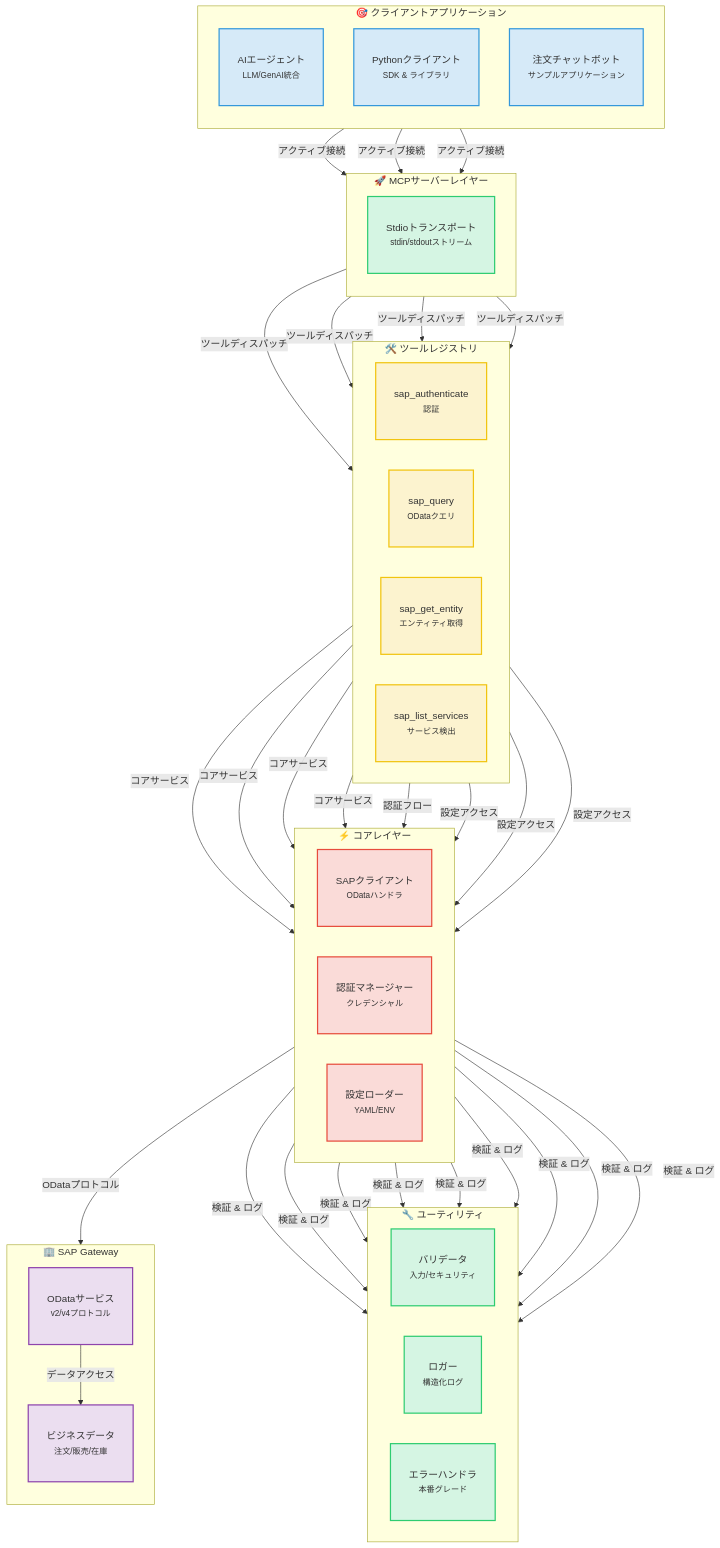
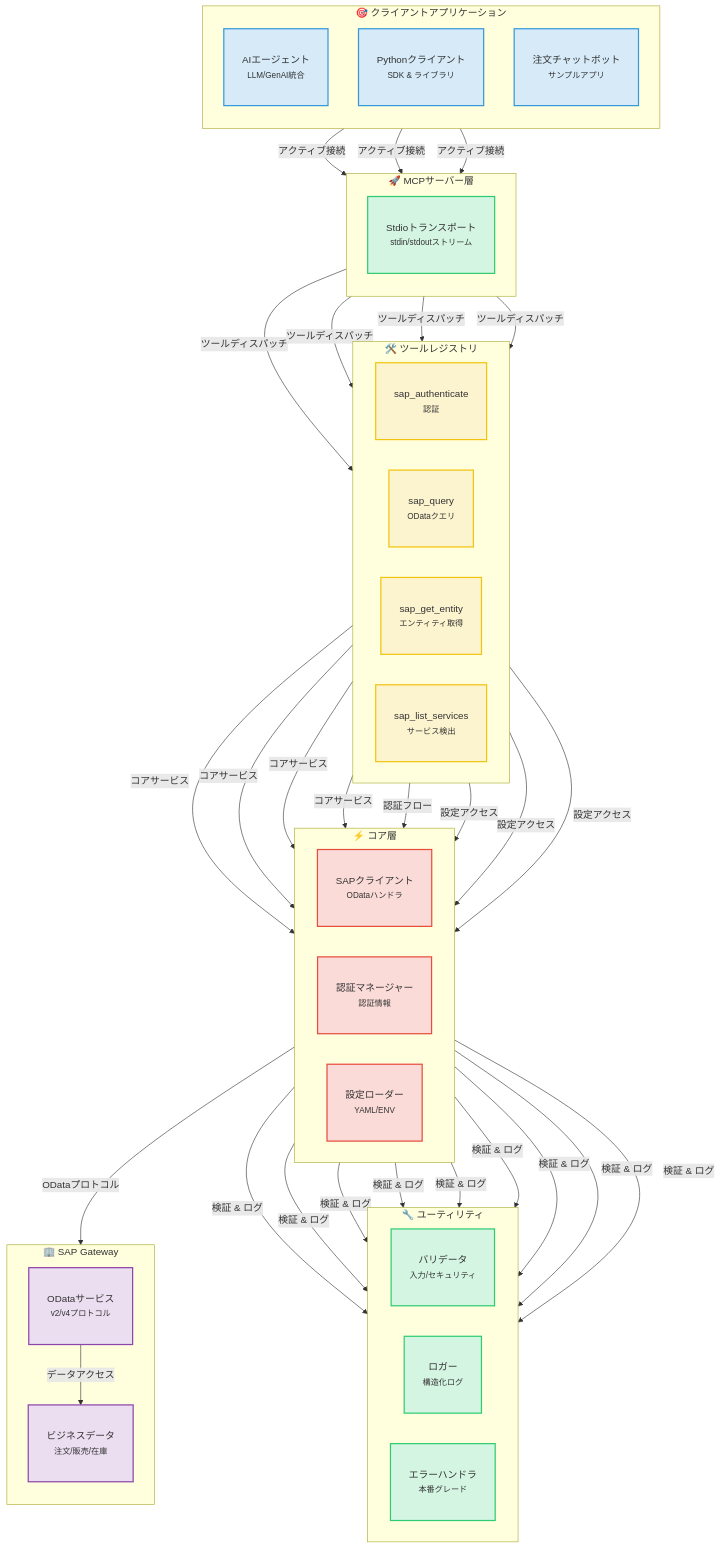
Before and after one commit to midasol/sap-mcp-server: the first of 5 diagrams in README.ja.md, drawn with Mermaid. The commit also changed other lines of this file and 7 other files, not shown here.

````diff
--- a/README.ja.md
+++ b/README.ja.md
@@ -41,66 +120,66 @@
 ```mermaid
 graph TB
     subgraph clients["🎯 クライアントアプリケーション"]
         direction TB
         A1["AIエージェント<br/><small>LLM/GenAI統合</small>"]
         A2["Pythonクライアント<br/><small>SDK & ライブラリ</small>"]
-        A3["注文チャットボット<br/><small>サンプルアプリケーション</small>"]
+        A3["注文チャットボット<br/><small>サンプルアプリ</small>"]
     end
 
-    subgraph transport["🚀 MCPサーバーレイヤー"]
+    subgraph transport["🚀 MCPサーバー層"]
         direction TB
         B1["Stdioトランスポート<br/><small>stdin/stdoutストリーム</small>"]
     end
 
     subgraph registry["🛠️ ツールレジストリ"]
         direction LR
         C1["sap_authenticate<br/><small>認証</small>"]
         C2["sap_query<br/><small>ODataクエリ</small>"]
         C3["sap_get_entity<br/><small>エンティティ取得</small>"]
         C4["sap_list_services<br/><small>サービス検出</small>"]
     end
 
-    subgraph core["⚡ コアレイヤー"]
+    subgraph core["⚡ コア層"]
         direction LR
         D1["SAPクライアント<br/><small>ODataハンドラ</small>"]
-        D2["認証マネージャー<br/><small>クレデンシャル</small>"]
+        D2["認証マネージャー<br/><small>認証情報</small>"]
         D3["設定ローダー<br/><small>YAML/ENV</small>"]
     end
 
     subgraph utils["🔧 ユーティリティ"]
         direction LR
         E1["バリデータ<br/><small>入力/セキュリティ</small>"]
         E2["ロガー<br/><small>構造化ログ</small>"]
         E3["エラーハンドラ<br/><small>本番グレード</small>"]
     end
 
     subgraph sap["🏢 SAP Gateway"]
         direction TB
         F1["ODataサービス<br/><small>v2/v4プロトコル</small>"]
         F2["ビジネスデータ<br/><small>注文/販売/在庫</small>"]
     end
 
     A1 & A2 & A3 -->|アクティブ接続| B1
     B1 -->|ツールディスパッチ| C1 & C2 & C3 & C4
     C1 & C2 & C3 & C4 -->|コアサービス| D1
     C1 -->|認証フロー| D2
     C2 & C3 & C4 -->|設定アクセス| D3
     D1 & D2 & D3 -->|検証 & ログ| E1 & E2 & E3
     D1 -->|ODataプロトコル| F1
     F1 -->|データアクセス| F2
 
     classDef clientNode fill:#D6EAF8,stroke:#3498DB,stroke-width:2px,padding:20px
     classDef transportNode fill:#D5F5E3,stroke:#2ECC71,stroke-width:2px,padding:20px
     classDef futureNode fill:#E8E8E8,stroke:#999999,stroke-width:2px,stroke-dasharray:5 5
     classDef toolNode fill:#FCF3CF,stroke:#F1C40F,stroke-width:2px,padding:20px
     classDef coreNode fill:#FADBD8,stroke:#E74C3C,stroke-width:2px,padding:20px
     classDef utilNode fill:#D5F5E3,stroke:#2ECC71,stroke-width:2px,padding:20px
     classDef sapNode fill:#EBDEF0,stroke:#8E44AD,stroke-width:2px,padding:20px
 
     class A1,A2,A3 clientNode
     class B1 transportNode
     class C1,C2,C3,C4 toolNode
     class D1,D2,D3 coreNode
     class E1,E2,E3 utilNode
     class F1,F2 sapNode
 ```
````
